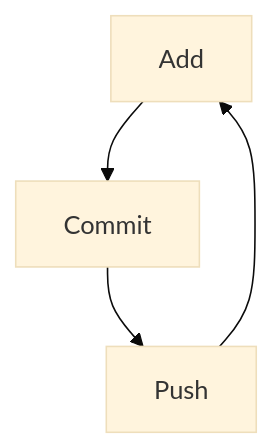
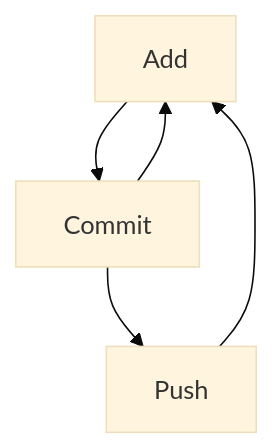
One commit to grabeer-nhs/cs-pd-week-2026 changed the diagram in Notes.md. Above: the diagram before and after it, drawn with Mermaid (base theme).

````diff
--- a/Notes.md
+++ b/Notes.md
@@ -16,6 +16,7 @@
 ```mermaid
 graph TD;
 Add--> Commit;
+Commit --> Add;
 Commit --> Push;
 Push --> Add;
 ```
````
